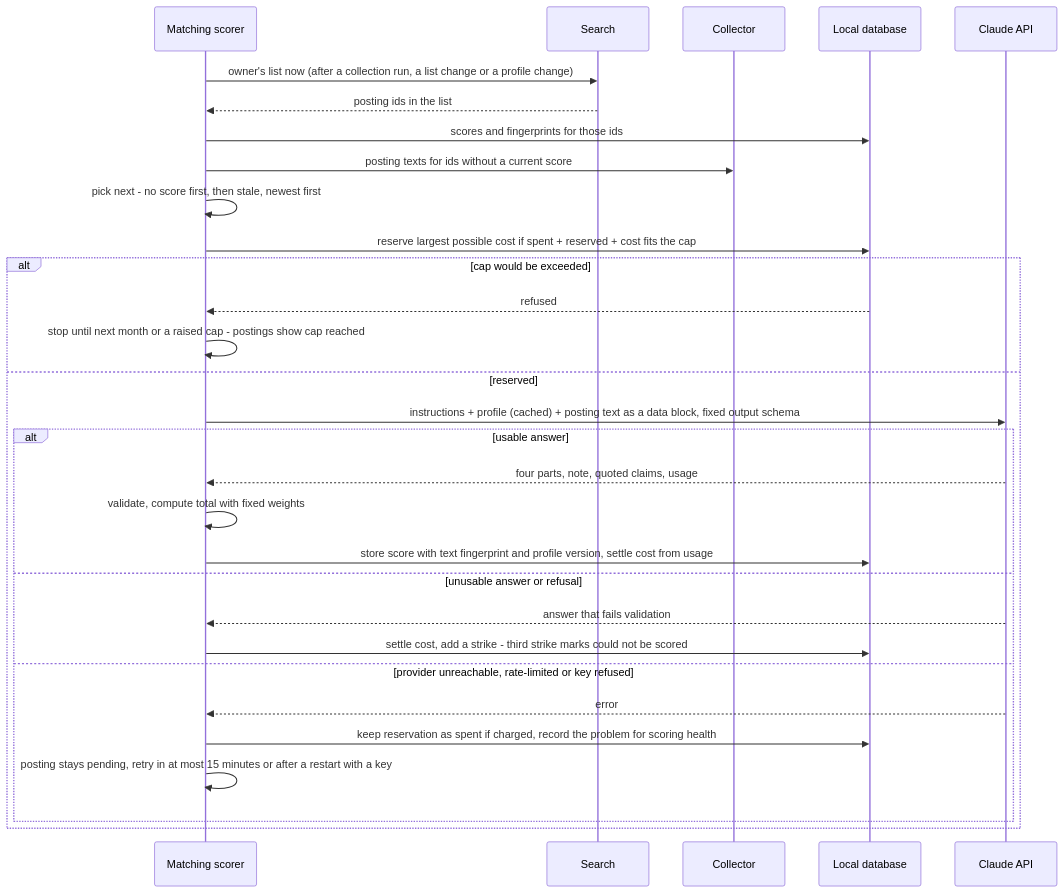
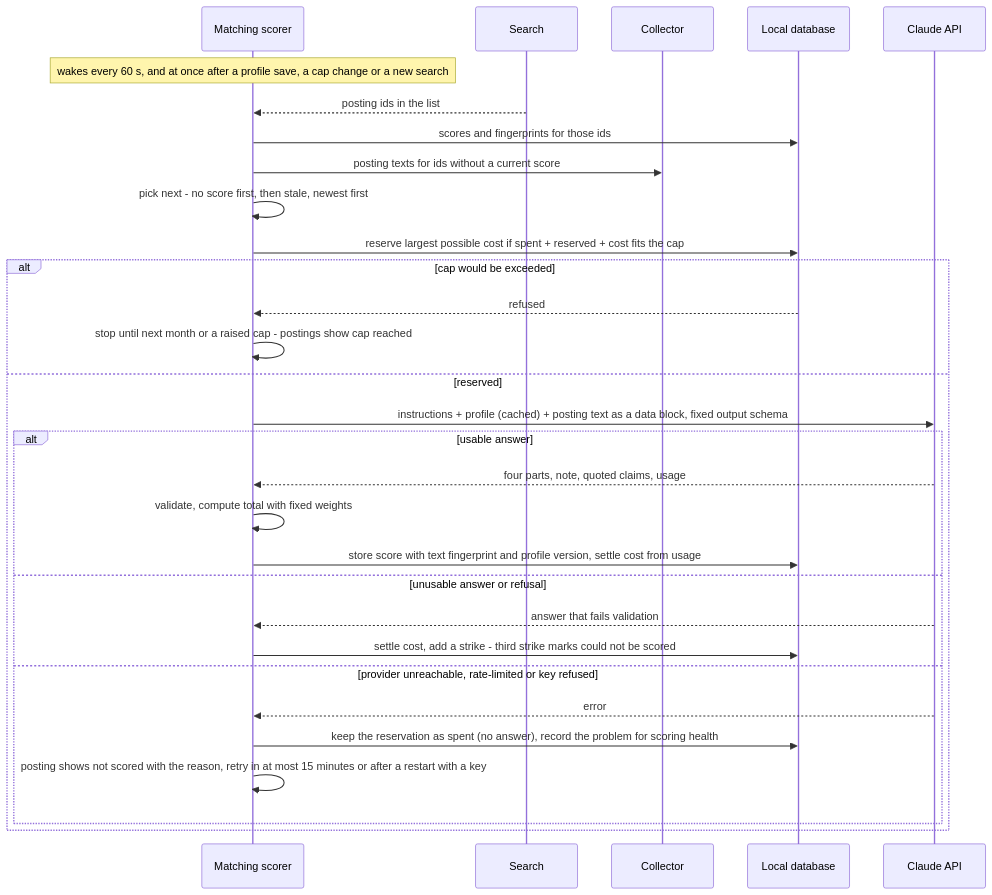
The third of 5 diagrams in docs/features/match-score/sad.md (DeveloperFromUkraine/job-radar), drawn with Mermaid before and after one commit. The commit also changed other lines of this file and 2 other files, not shown here.

````diff
--- a/docs/features/match-score/sad.md
+++ b/docs/features/match-score/sad.md
@@ -167,33 +167,33 @@
 ```mermaid
 sequenceDiagram
     participant Scorer as Matching scorer
     participant Search
     participant Collector
     participant DB as Local database
     participant Claude as Claude API
 
-    Scorer->>Search: owner's list now (after a collection run, a list change or a profile change)
+    Note over Scorer: wakes every 60 s, and at once after a profile save, a cap change or a new search
     Search-->>Scorer: posting ids in the list
     Scorer->>DB: scores and fingerprints for those ids
     Scorer->>Collector: posting texts for ids without a current score
     Scorer->>Scorer: pick next - no score first, then stale, newest first
     Scorer->>DB: reserve largest possible cost if spent + reserved + cost fits the cap
     alt cap would be exceeded
         DB-->>Scorer: refused
         Scorer->>Scorer: stop until next month or a raised cap - postings show cap reached
     else reserved
         Scorer->>Claude: instructions + profile (cached) + posting text as a data block, fixed output schema
         alt usable answer
             Claude-->>Scorer: four parts, note, quoted claims, usage
             Scorer->>Scorer: validate, compute total with fixed weights
             Scorer->>DB: store score with text fingerprint and profile version, settle cost from usage
         else unusable answer or refusal
             Claude-->>Scorer: answer that fails validation
             Scorer->>DB: settle cost, add a strike - third strike marks could not be scored
         else provider unreachable, rate-limited or key refused
             Claude-->>Scorer: error
-            Scorer->>DB: keep reservation as spent if charged, record the problem for scoring health
-            Scorer->>Scorer: posting stays pending, retry in at most 15 minutes or after a restart with a key
+            Scorer->>DB: keep the reservation as spent (no answer), record the problem for scoring health
+            Scorer->>Scorer: posting shows not scored with the reason, retry in at most 15 minutes or after a restart with a key
         end
     end
 ```
````
